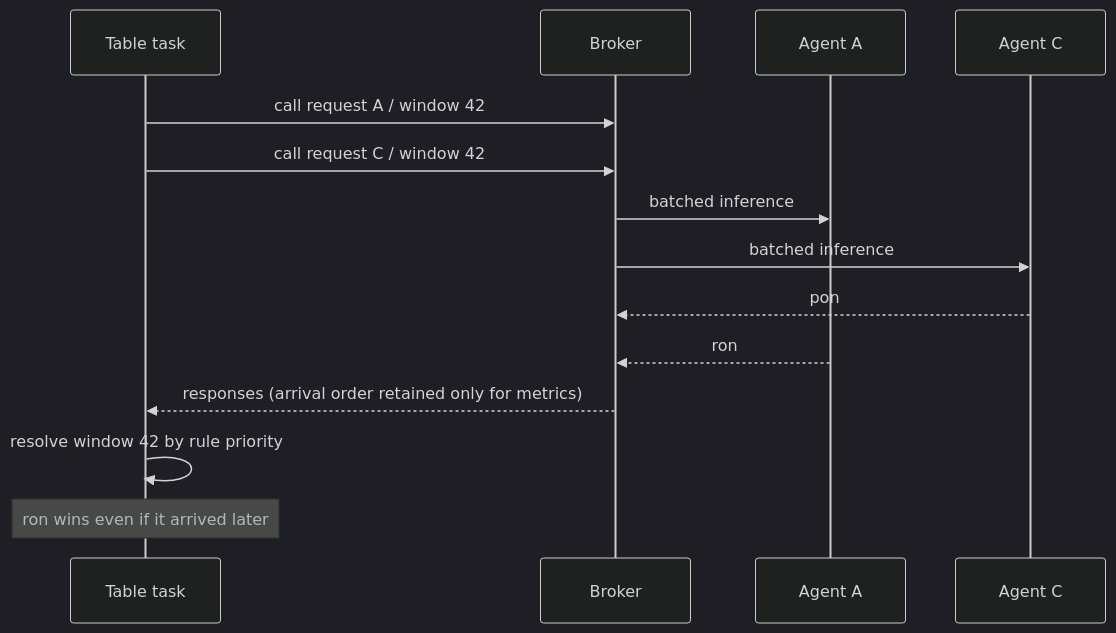
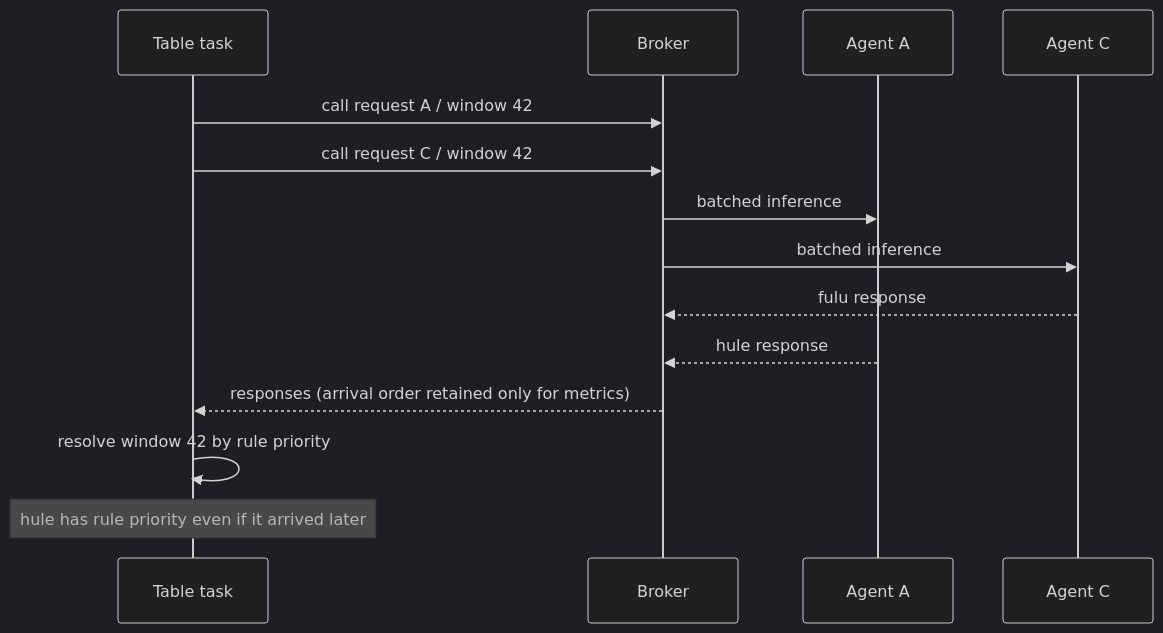
One commit to Apricot-S/lizhisim changed the second of 2 diagrams in docs/design/architecture.md. Above: the diagram before and after it, drawn with Mermaid (dark theme). The commit also changed other lines of this file and 16 other files, not shown here.

````diff
--- a/docs/design/architecture.md
+++ b/docs/design/architecture.md
@@ -108,16 +108,16 @@
 ```mermaid
 sequenceDiagram
     participant T as Table task
     participant B as Broker
     participant A as Agent A
     participant C as Agent C
     T->>B: call request A / window 42
     T->>B: call request C / window 42
     B->>A: batched inference
     B->>C: batched inference
-    C-->>B: pon
-    A-->>B: ron
+    C-->>B: fulu response
+    A-->>B: hule response
     B-->>T: responses (arrival order retained only for metrics)
     T->>T: resolve window 42 by rule priority
-    Note over T: ron wins even if it arrived later
+    Note over T: hule has rule priority even if it arrived later
 ```
````
